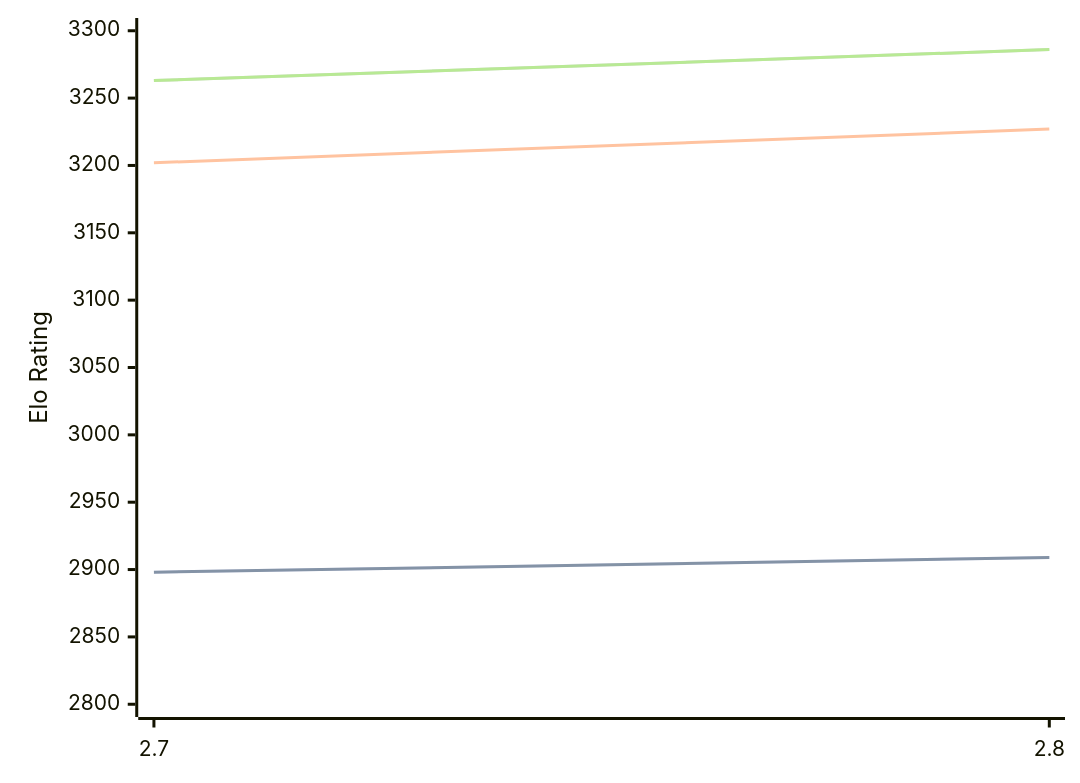
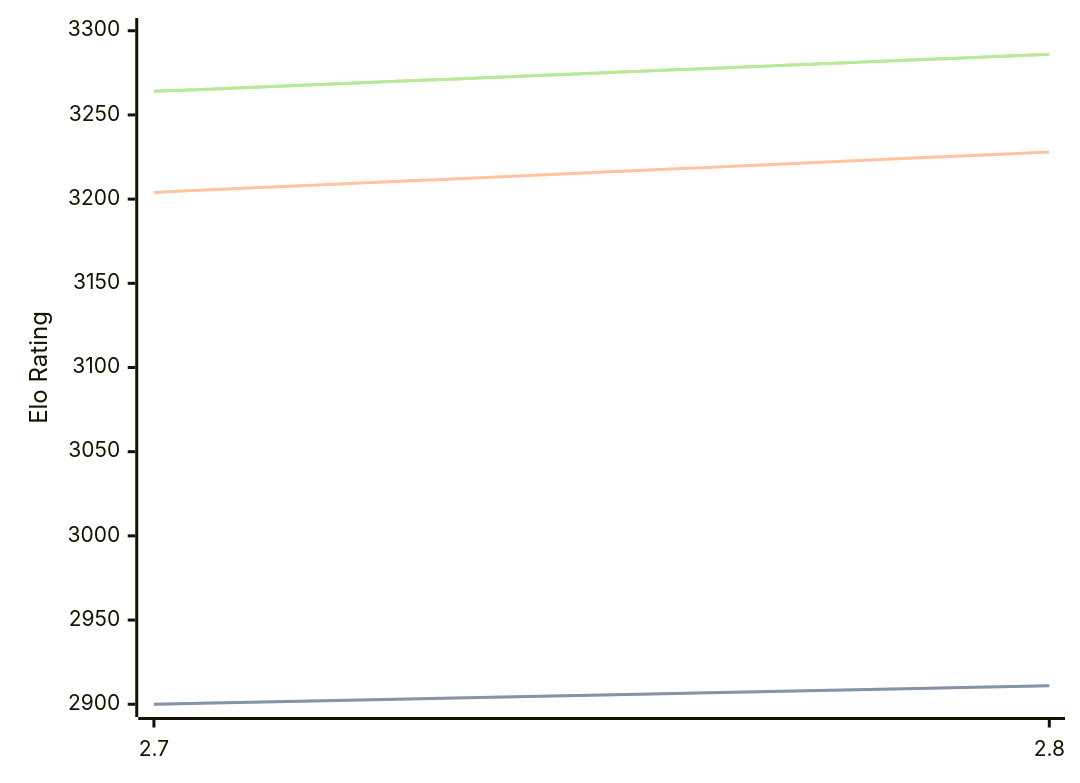
The diagram in engines/Arcanum.md (computer-chess-index/cci), drawn with Mermaid before and after one commit. The commit also changed other lines of this file, not shown here.

Commit message:
Update CCI Ratings (ELO VLTC) - 2026-09-07

````diff
--- a/engines/Arcanum.md
+++ b/engines/Arcanum.md
@@ -32,11 +32,11 @@
 ```mermaid
 %%{init: {"theme":"base","themeVariables":{"seriesColors:['#a3a3a3','#222221','#faa371']}}}%%
 xychart-beta
   x-axis ["2.7", "2.8"]
-  y-axis "Elo Rating" 2800 --> 3300
-  line "" [2898, 2909]
-  line "STC (8.0+0.08s)" [2898, 2909]
-  line "LTC (60.0+0.60s)" [3202, 3227]
-  line "" [3263, 3286]
-  line "VLTC (2m24s+1.12s)" [3263, 3286]
+  y-axis "Elo Rating" 2900 --> 3300
+  line "" [2900, 2911]
+  line "STC (8.0+0.08s)" [2900, 2911]
+  line "LTC (60.0+0.60s)" [3204, 3228]
+  line "" [3264, 3286]
+  line "VLTC (2m24s+1.12s)" [3264, 3286]
 ```
````
